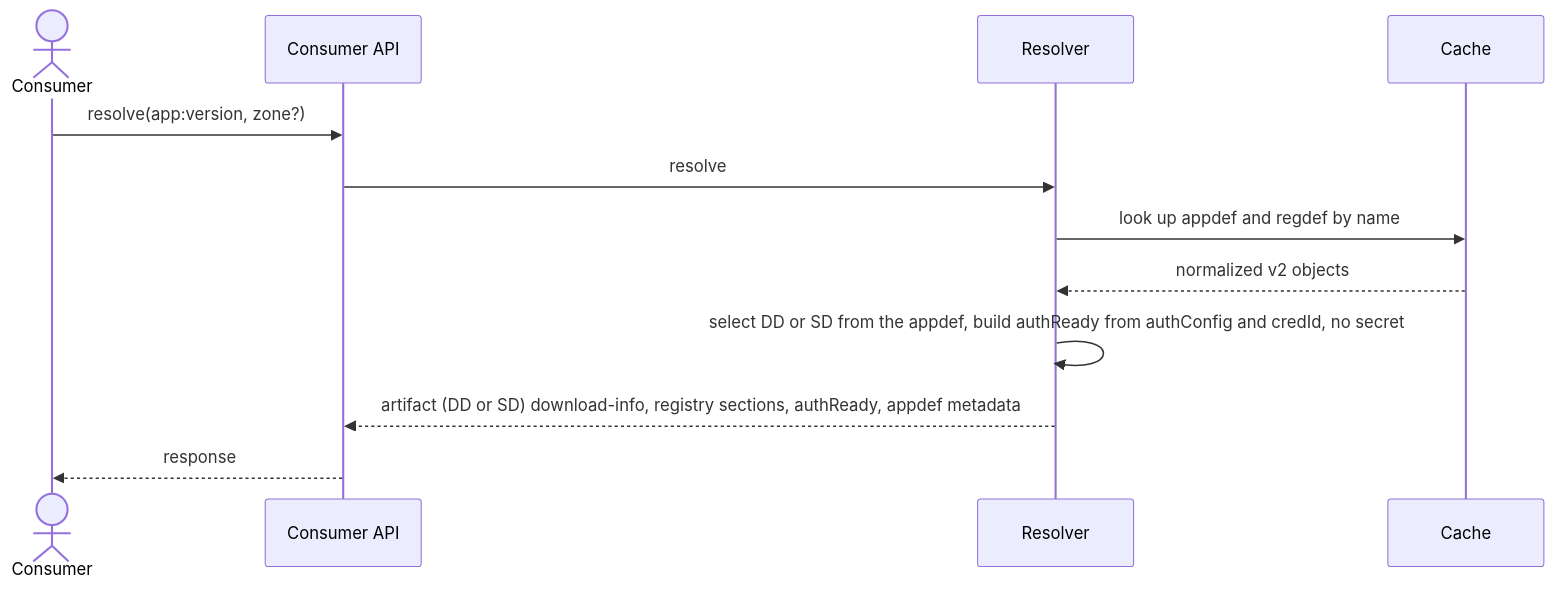
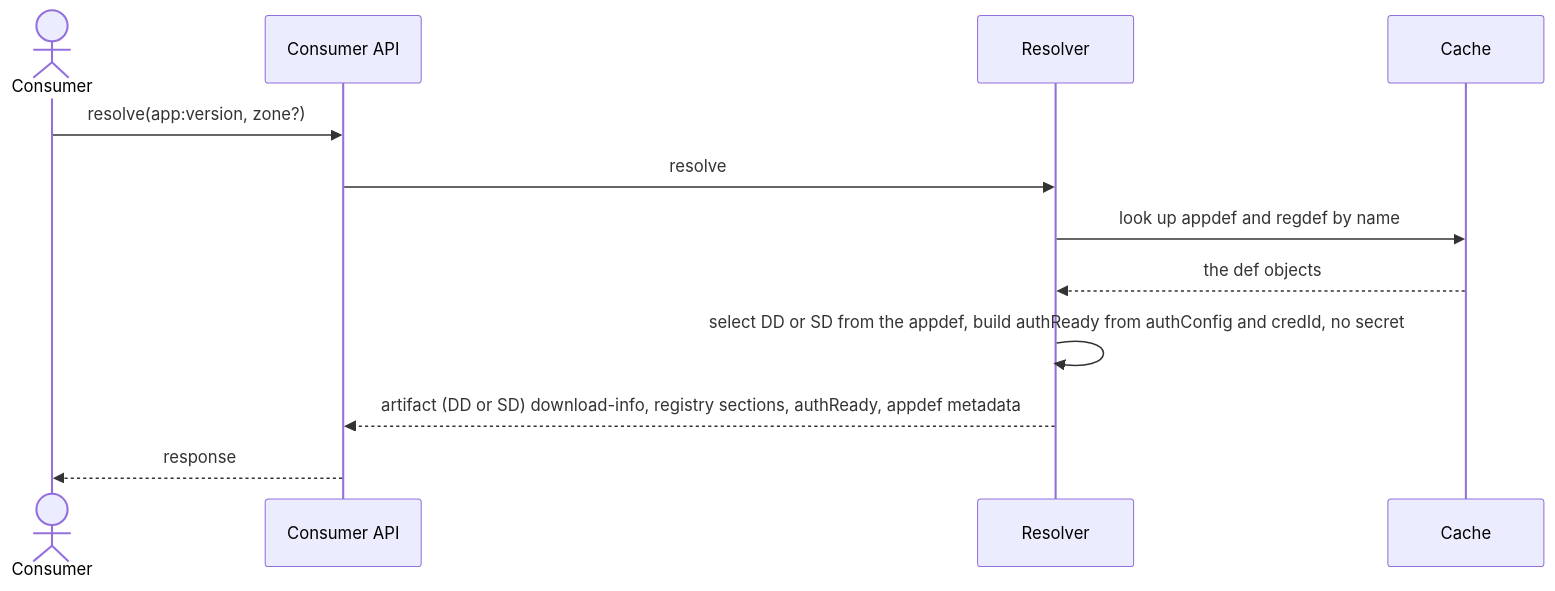
Before and after one commit to Netcracker/qubership-envgene: the third of 5 diagrams in docs/analysis/app-reg-def-service/design/architecture.md, drawn with Mermaid. The commit also changed other lines of this file and 1 other file, not shown here.

````diff
--- a/docs/analysis/app-reg-def-service/design/architecture.md
+++ b/docs/analysis/app-reg-def-service/design/architecture.md
@@ -70,14 +67,14 @@
 ```mermaid
 sequenceDiagram
   actor C as Consumer
   participant API as Consumer API
   participant R as Resolver
   participant Cache
   C->>API: resolve(app:version, zone?)
   API->>R: resolve
   R->>Cache: look up appdef and regdef by name
-  Cache-->>R: normalized v2 objects
+  Cache-->>R: the def objects
   R->>R: select DD or SD from the appdef, build authReady from authConfig and credId, no secret
   R-->>API: artifact (DD or SD) download-info, registry sections, authReady, appdef metadata
   API-->>C: response
 ```
````
